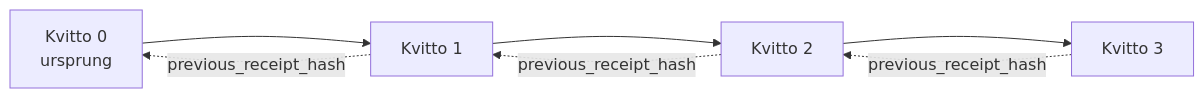
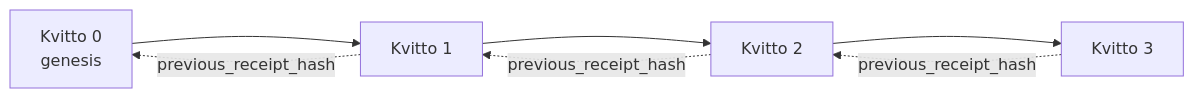
The second of 2 diagrams in translations/sv/18-securing-ai-agents/README.md (microsoft/ai-agents-for-beginners), drawn with Mermaid before and after one commit. The commit also changed other lines of this file and 46 other files, not shown here.

````diff
--- a/translations/sv/18-securing-ai-agents/README.md
+++ b/translations/sv/18-securing-ai-agents/README.md
@@ -206,9 +203,9 @@
 ```mermaid
 flowchart LR
-    R0[Kvitto 0<br/>ursprung] --> R1[Kvitto 1]
+    R0[Kvitto 0<br/>genesis] --> R1[Kvitto 1]
     R1 --> R2[Kvitto 2]
     R2 --> R3[Kvitto 3]
     R1 -. previous_receipt_hash .-> R0
     R2 -. previous_receipt_hash .-> R1
     R3 -. previous_receipt_hash .-> R2
 ```
````
